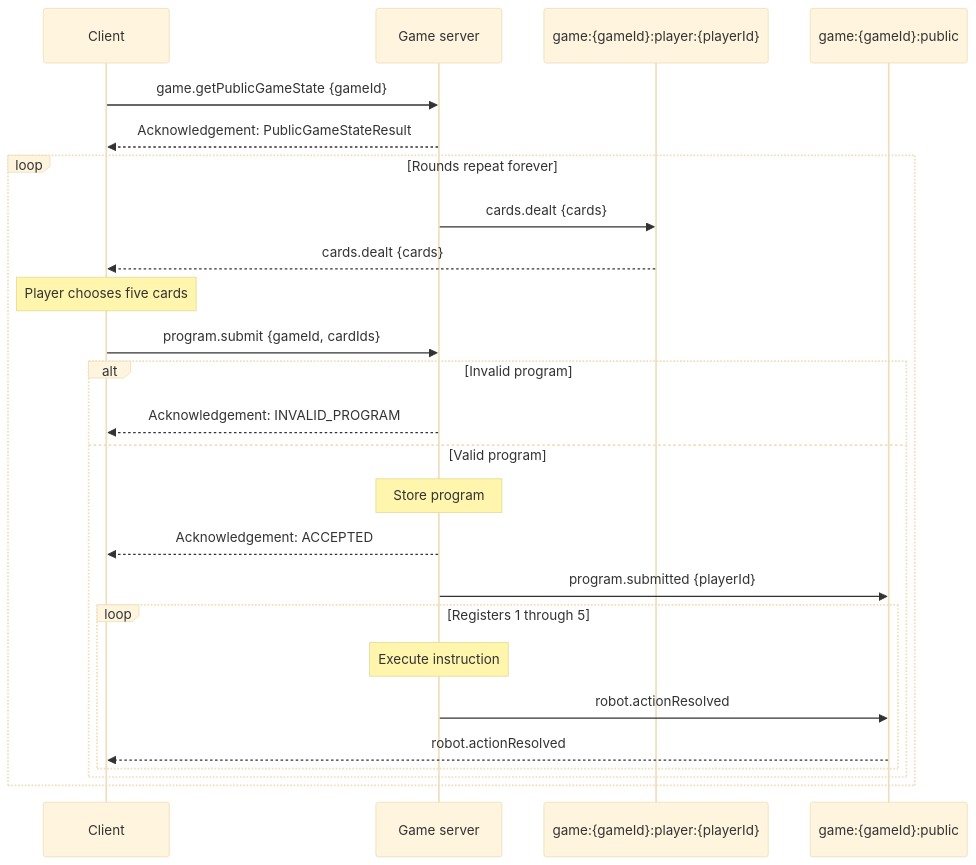
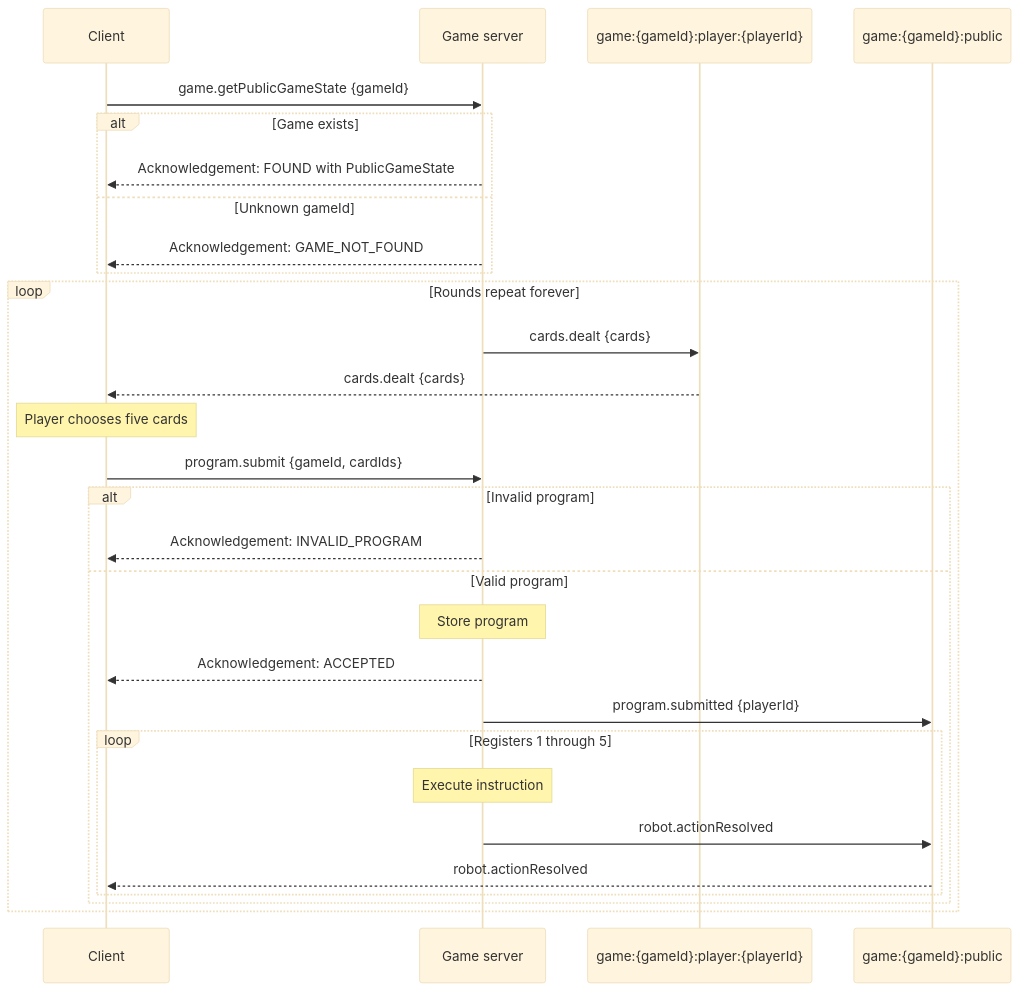
Before and after one commit to hananinas/RoboRally: the diagram in docs/v0Communication.md, drawn with Mermaid (base theme). The commit also changed other lines of this file and 4 other files, not shown here.

Commit message:
fix(shared): acknowledge unknown game state requests

````diff
--- a/docs/v0Communication.md
+++ b/docs/v0Communication.md
@@ -18,34 +18,38 @@
 ```mermaid
 
 sequenceDiagram
     participant Client
     participant Server as Game server
     participant Private as game:{gameId}:player:{playerId}
     participant Public as game:{gameId}:public
 
     Client->>Server: game.getPublicGameState {gameId}
-    Server-->>Client: Acknowledgement: PublicGameStateResult
+    alt Game exists
+        Server-->>Client: Acknowledgement: FOUND with PublicGameState
+    else Unknown gameId
+        Server-->>Client: Acknowledgement: GAME_NOT_FOUND
+    end
 
     loop Rounds repeat forever
         Server->>Private: cards.dealt {cards}
         Private-->>Client: cards.dealt {cards}
 
         Note over Client: Player chooses five cards
         Client->>Server: program.submit {gameId, cardIds}
 
         alt Invalid program
             Server-->>Client: Acknowledgement: INVALID_PROGRAM
         else Valid program
             Note over Server: Store program
             Server-->>Client: Acknowledgement: ACCEPTED
             Server->>Public: program.submitted {playerId}
 
             loop Registers 1 through 5
                 Note over Server: Execute instruction
                 Server->>Public: robot.actionResolved
                 Public-->>Client: robot.actionResolved
             end
         end
     end
 
 ```
````
